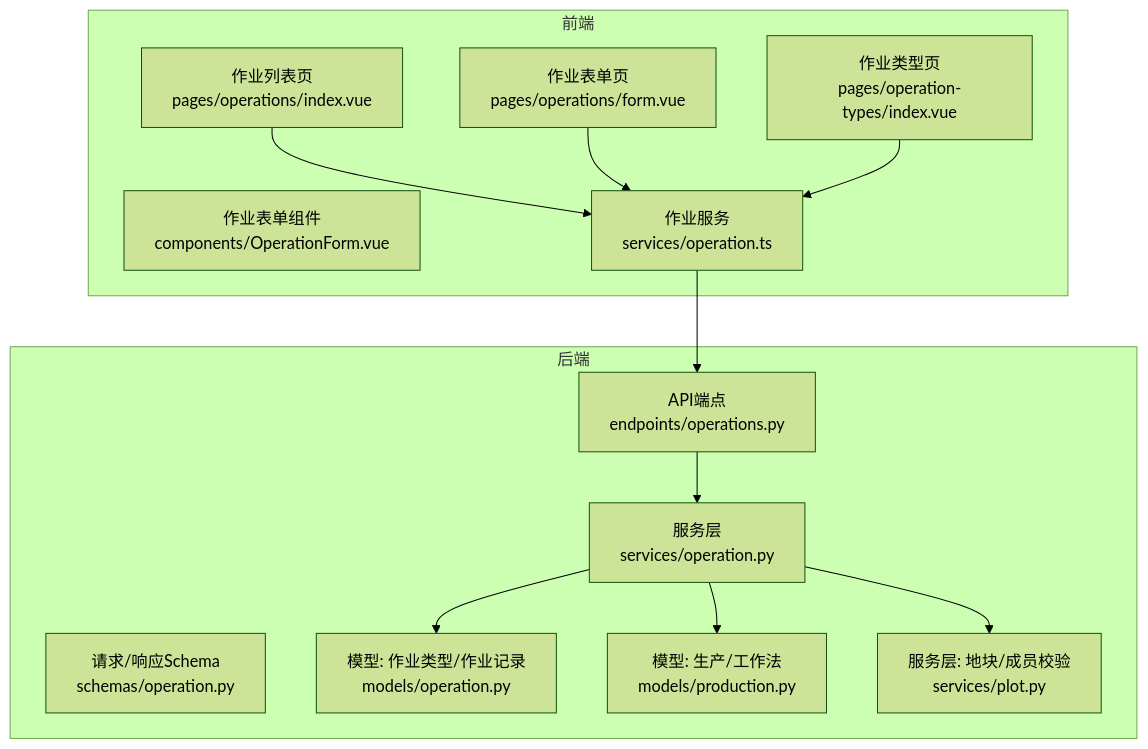
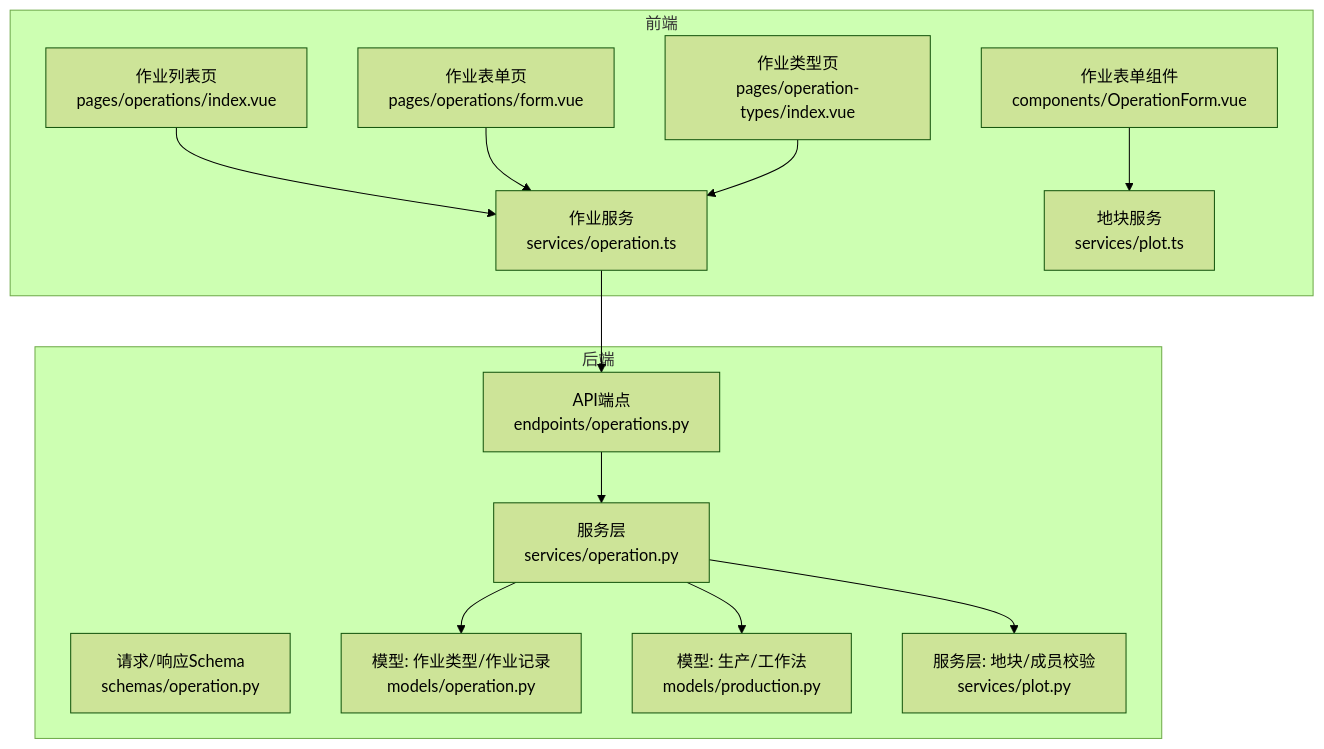
Before and after one commit to wungjyan/pocket-farm: the first of 5 diagrams in .qoder/repowiki/zh/content/项目概览/核心功能/农事活动记录.md, drawn with Mermaid (forest theme). The commit also changed other lines of this file and 198 other files, not shown here.

````diff
--- a/.qoder/repowiki/zh/content/项目概览/核心功能/农事活动记录.md
+++ b/.qoder/repowiki/zh/content/项目概览/核心功能/农事活动记录.md
@@ -41,26 +50,28 @@
 ```mermaid
 graph TB
 subgraph "前端"
 OP_LIST["作业列表页<br/>pages/operations/index.vue"]
 OP_FORM["作业表单页<br/>pages/operations/form.vue"]
 OP_COMP["作业表单组件<br/>components/OperationForm.vue"]
 OP_TYPES["作业类型页<br/>pages/operation-types/index.vue"]
 OP_SVC["作业服务<br/>services/operation.ts"]
+PLOT_SVC["地块服务<br/>services/plot.ts"]
 end
 subgraph "后端"
 EP["API端点<br/>endpoints/operations.py"]
 SVC["服务层<br/>services/operation.py"]
 SCH["请求/响应Schema<br/>schemas/operation.py"]
 MOD_OP["模型: 作业类型/作业记录<br/>models/operation.py"]
 MOD_PROD["模型: 生产/工作法<br/>models/production.py"]
 SVC_PLOT["服务层: 地块/成员校验<br/>services/plot.py"]
 end
 OP_LIST --> OP_SVC
 OP_FORM --> OP_SVC
 OP_TYPES --> OP_SVC
+OP_COMP --> PLOT_SVC
 OP_SVC --> EP
 EP --> SVC
 SVC --> MOD_OP
 SVC --> MOD_PROD
 SVC --> SVC_PLOT
 ```
````
